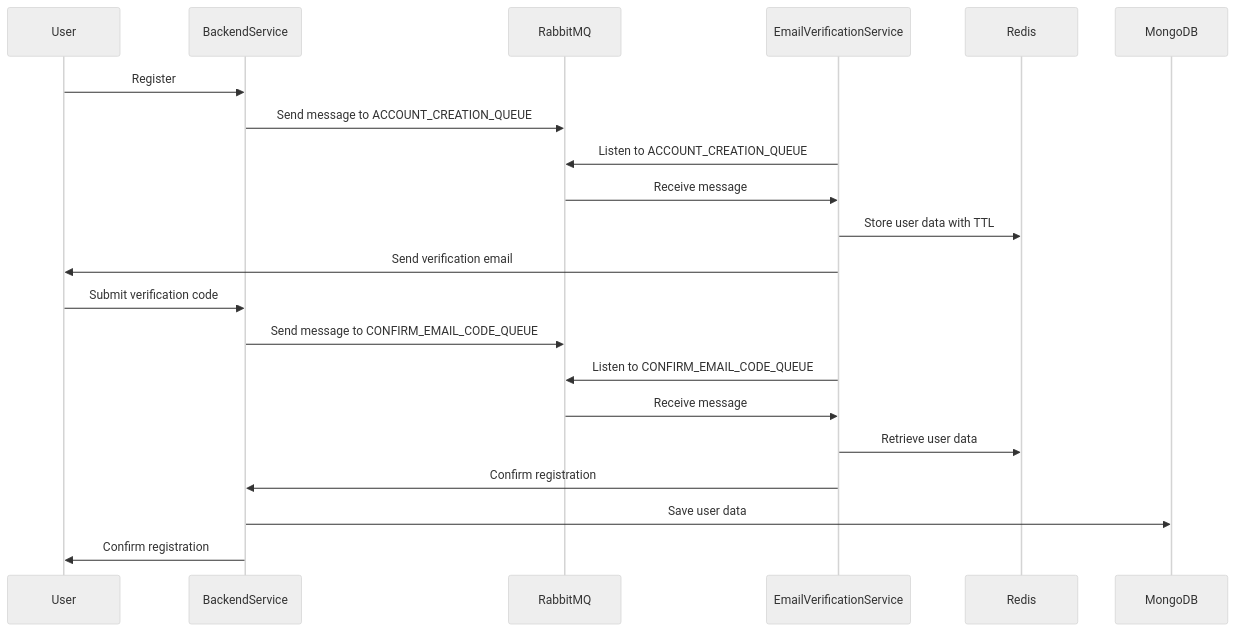
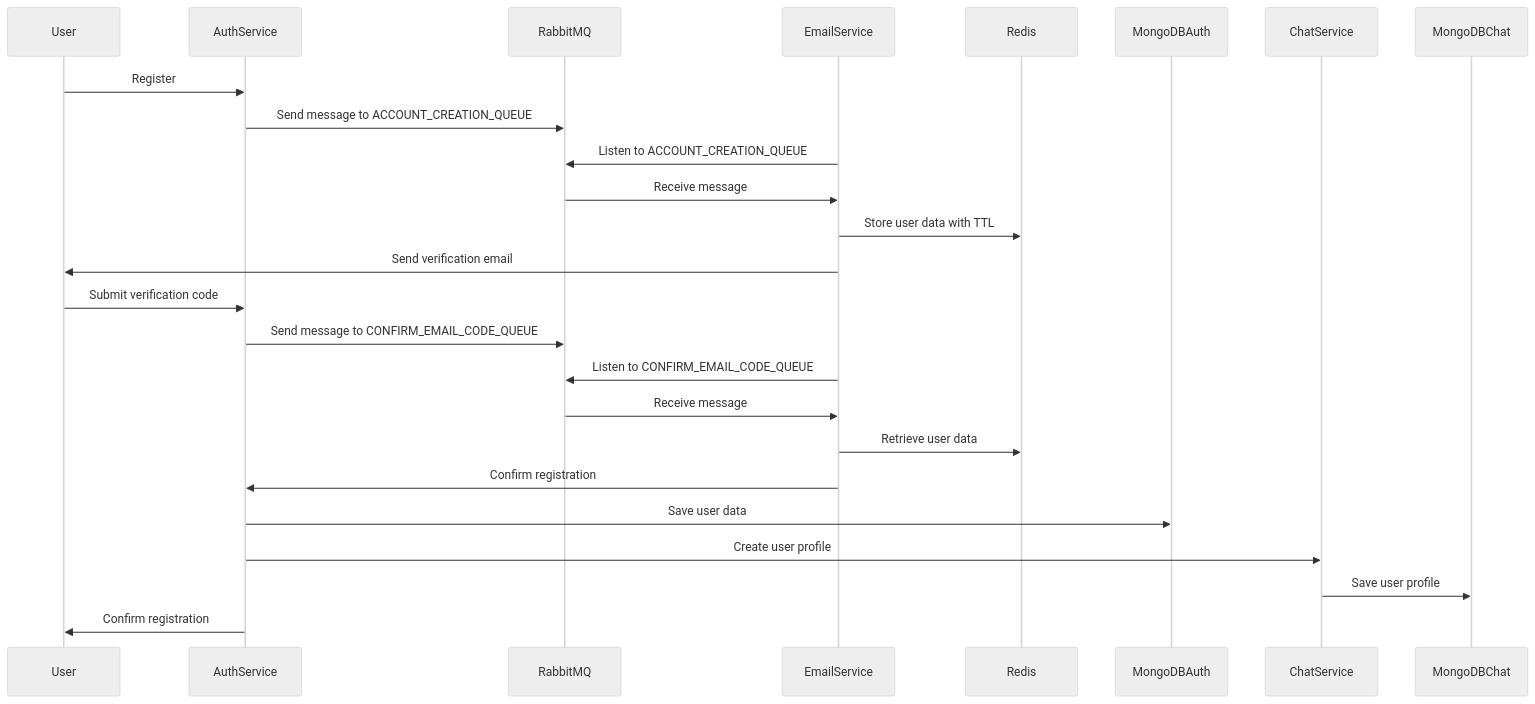
Before and after one commit to Victor-Palha/AshChat: the diagram in docs/architecture.md, drawn with Mermaid (neutral theme). The commit also changed other lines of this file and 4 other files, not shown here.

````diff
--- a/docs/architecture.md
+++ b/docs/architecture.md
@@ -56,24 +73,29 @@
 ```mermaid
 sequenceDiagram
     participant User
-    participant BackendService
+    participant AuthService
     participant RabbitMQ
-    participant EmailVerificationService
+    participant EmailService
     participant Redis
-    participant MongoDB
+    participant MongoDBAuth
+    participant ChatService
+    participant MongoDBChat
 
-    User->>BackendService: Register
-    BackendService->>RabbitMQ: Send message to ACCOUNT_CREATION_QUEUE
-    EmailVerificationService->>RabbitMQ: Listen to ACCOUNT_CREATION_QUEUE
-    RabbitMQ->>EmailVerificationService: Receive message
-    EmailVerificationService->>Redis: Store user data with TTL
-    EmailVerificationService->>User: Send verification email
-    User->>BackendService: Submit verification code
-    BackendService->>RabbitMQ: Send message to CONFIRM_EMAIL_CODE_QUEUE
-    EmailVerificationService->>RabbitMQ: Listen to CONFIRM_EMAIL_CODE_QUEUE
-    RabbitMQ->>EmailVerificationService: Receive message
-    EmailVerificationService->>Redis: Retrieve user data
-    EmailVerificationService->>BackendService: Confirm registration
-    BackendService->>MongoDB: Save user data
-    BackendService->>User: Confirm registration
+
+    User->>AuthService: Register
+    AuthService->>RabbitMQ: Send message to ACCOUNT_CREATION_QUEUE
+    EmailService->>RabbitMQ: Listen to ACCOUNT_CREATION_QUEUE
+    RabbitMQ->>EmailService: Receive message
+    EmailService->>Redis: Store user data with TTL
+    EmailService->>User: Send verification email
+    User->>AuthService: Submit verification code
+    AuthService->>RabbitMQ: Send message to CONFIRM_EMAIL_CODE_QUEUE
+    EmailService->>RabbitMQ: Listen to CONFIRM_EMAIL_CODE_QUEUE
+    RabbitMQ->>EmailService: Receive message
+    EmailService->>Redis: Retrieve user data
+    EmailService->>AuthService: Confirm registration
+    AuthService->>MongoDBAuth: Save user data
+    AuthService->>ChatService: Create user profile
+    ChatService->>MongoDBChat: Save user profile
+    AuthService->>User: Confirm registration
 ```
````
